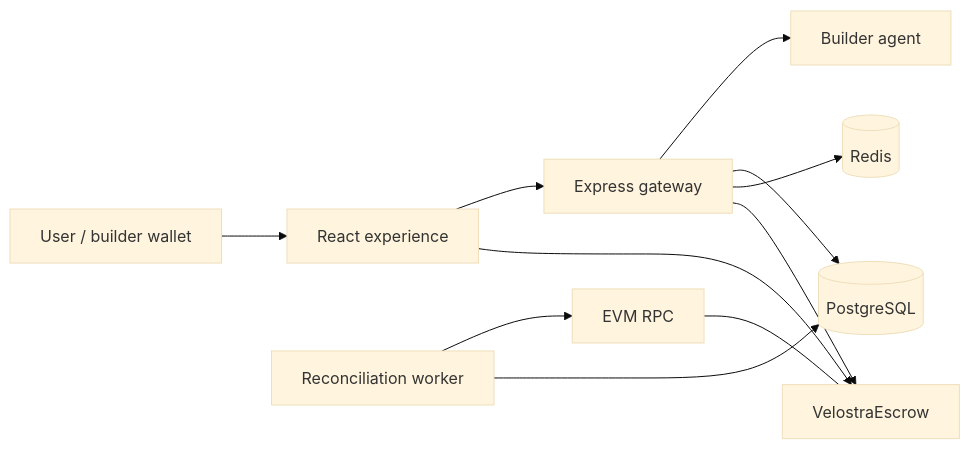
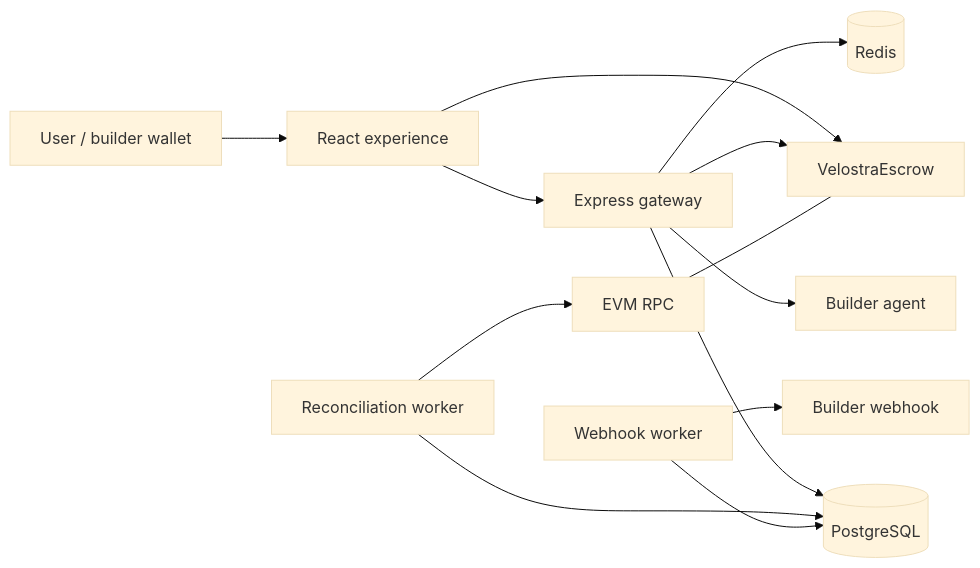
Before and after one commit to velostralabs/velostra: the diagram in README.md, drawn with Mermaid (base theme). The commit also changed other lines of this file and 7 other files, not shown here.

````diff
--- a/README.md
+++ b/README.md
@@ -59,13 +60,15 @@
 ```mermaid
 flowchart LR
     Wallet["User / builder wallet"] --> Web["React experience"]
     Web --> API["Express gateway"]
     API --> Agent["Builder agent"]
     API --> DB[(PostgreSQL)]
     API --> Redis[(Redis)]
     Web --> Escrow["VelostraEscrow"]
     API --> Escrow
     Worker["Reconciliation worker"] --> RPC["EVM RPC"]
     RPC --- Escrow
     Worker --> DB
+    Hooks["Webhook worker"] --> DB
+    Hooks --> BuilderHook["Builder webhook"]
 ```
````
